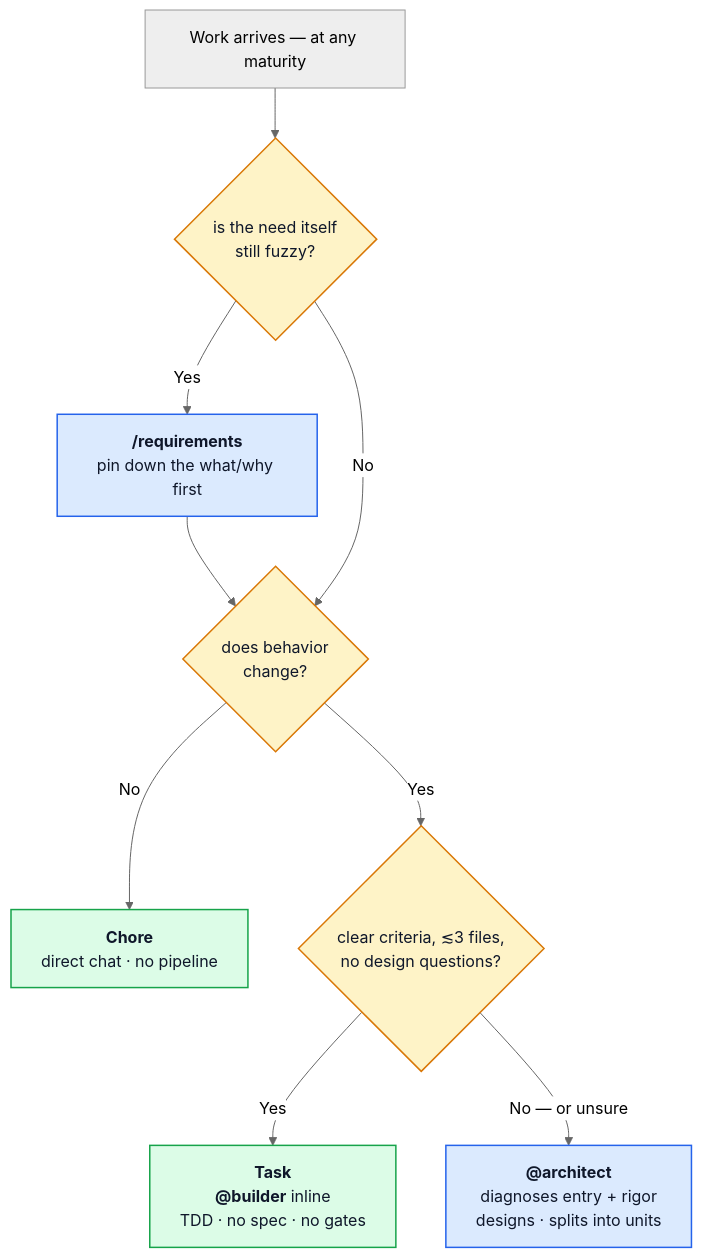
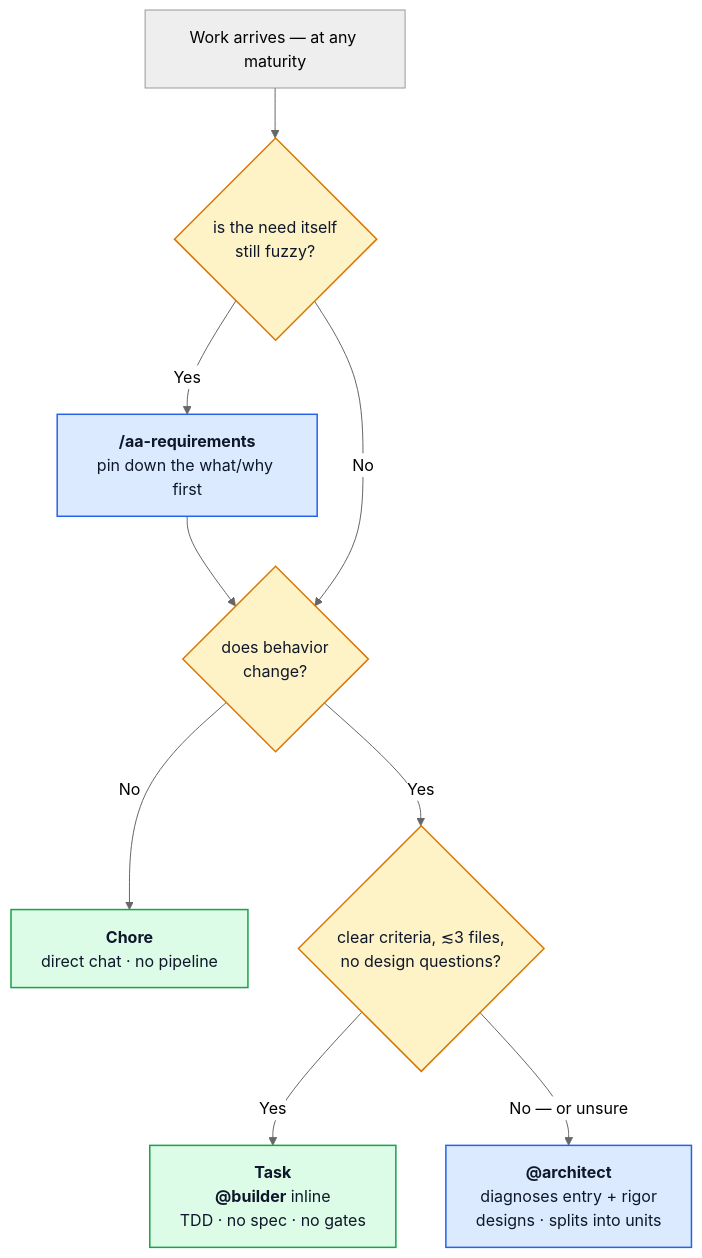
One commit to AmirAnckonina/aa-agentic-workflow changed the first of 4 diagrams in docs/WORKFLOW.md. Above: the diagram before and after it, drawn with Mermaid (neutral theme). The commit also changed other lines of this file and 20 other files, not shown here.

````diff
--- a/docs/WORKFLOW.md
+++ b/docs/WORKFLOW.md
@@ -19,18 +19,18 @@
 ```mermaid
 flowchart TD
     S["Work arrives — at any maturity"] --> Q0{"is the need itself<br/>still fuzzy?"}
-    Q0 -->|Yes| RQ["<b>/requirements</b><br/>pin down the what/why first"]
+    Q0 -->|Yes| RQ["<b>/aa-requirements</b><br/>pin down the what/why first"]
     RQ --> Q1
     Q0 -->|No| Q1{"does behavior<br/>change?"}
     Q1 -->|No| C["<b>Chore</b><br/>direct chat · no pipeline"]
     Q1 -->|Yes| Q2{"clear criteria, ≲3 files,<br/>no design questions?"}
     Q2 -->|Yes| TK["<b>Task</b><br/><b>@builder</b> inline<br/>TDD · no spec · no gates"]
     Q2 -->|"No — or unsure"| AR["<b>@architect</b><br/>diagnoses entry + rigor<br/>designs · splits into units"]
 
     classDef q fill:#fef3c7,stroke:#d97706,stroke-width:1.5px,color:#0f172a
     classDef light fill:#dcfce7,stroke:#16a34a,stroke-width:1.5px,color:#0f172a
     classDef heavy fill:#dbeafe,stroke:#2563eb,stroke-width:1.5px,color:#0f172a
     class Q0,Q1,Q2 q
     class C,TK light
     class RQ,AR heavy
 ```
````
